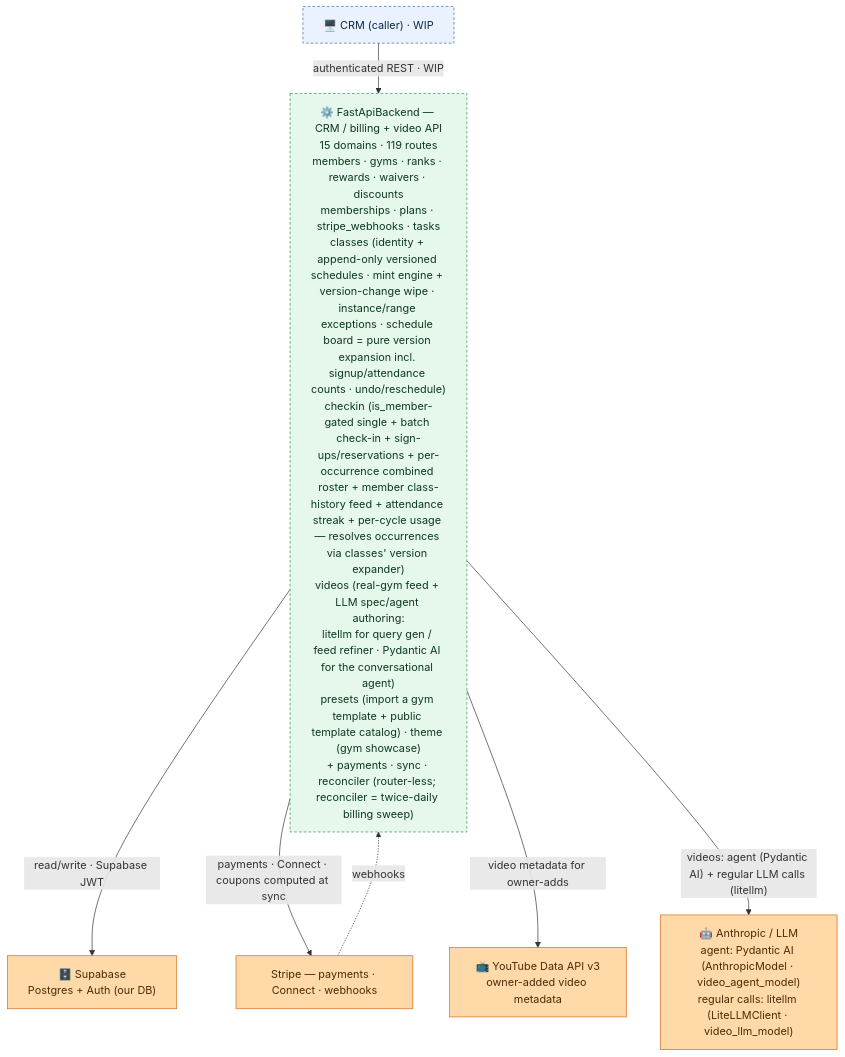
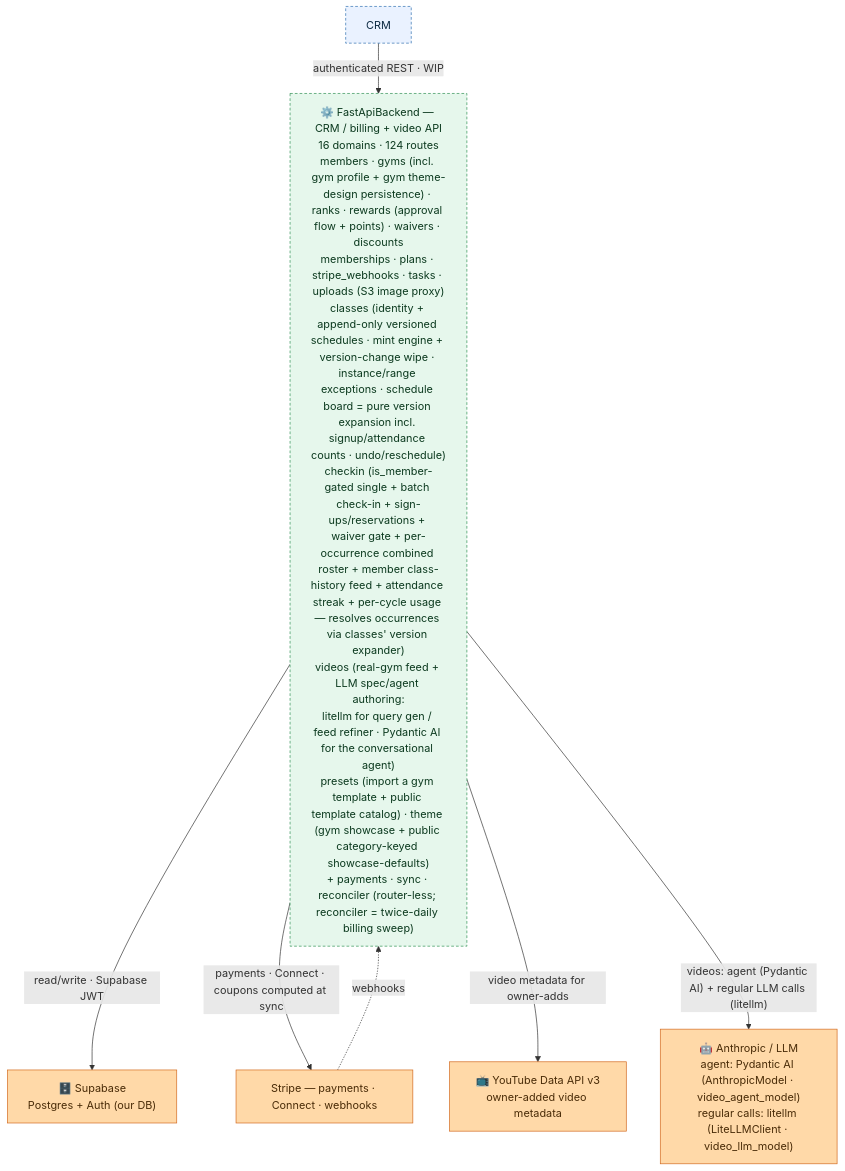
The diagram in FastApiBackend/README.md (jesse51002/CombatDen), drawn with Mermaid before and after one commit. The commit also changed other lines of this file and 63 other files, not shown here.

First line of the commit message:
Theme surface: decouple from preset tables — ThemeService catalog, showcase-defaults, theme persistence (#51)

````diff
--- a/FastApiBackend/README.md
+++ b/FastApiBackend/README.md
@@ -16,23 +16,22 @@
 ```mermaid
 flowchart TB
-  CRM["🖥️ CRM (caller) · WIP"]
-  FB["⚙️ FastApiBackend — CRM / billing + video API<br/>15 domains · 119 routes<br/>members · gyms · ranks · rewards · waivers · discounts<br/>memberships · plans · stripe_webhooks · tasks<br/>classes (identity + append-only versioned schedules · mint engine + version-change wipe · instance/range exceptions · schedule board = pure version expansion incl. signup/attendance counts · undo/reschedule)<br/>checkin (is_member-gated single + batch check-in + sign-ups/reservations + per-occurrence combined roster + member class-history feed + attendance streak + per-cycle usage — resolves occurrences via classes' version expander)<br/>videos (real-gym feed + LLM spec/agent authoring:<br/>litellm for query gen / feed refiner · Pydantic AI for the conversational agent)<br/>presets (import a gym template + public template catalog) · theme (gym showcase)<br/>+ payments · sync · reconciler (router-less; reconciler = twice-daily billing sweep)"]
+  FB["⚙️ FastApiBackend — CRM / billing + video API<br/>16 domains · 124 routes<br/>members · gyms (incl. gym profile + gym theme-design persistence) · ranks · rewards (approval flow + points) · waivers · discounts<br/>memberships · plans · stripe_webhooks · tasks · uploads (S3 image proxy)<br/>classes (identity + append-only versioned schedules · mint engine + version-change wipe · instance/range exceptions · schedule board = pure version expansion incl. signup/attendance counts · undo/reschedule)<br/>checkin (is_member-gated single + batch check-in + sign-ups/reservations + waiver gate + per-occurrence combined roster + member class-history feed + attendance streak + per-cycle usage — resolves occurrences via classes' version expander)<br/>videos (real-gym feed + LLM spec/agent authoring:<br/>litellm for query gen / feed refiner · Pydantic AI for the conversational agent)<br/>presets (import a gym template + public template catalog) · theme (gym showcase + public category-keyed showcase-defaults)<br/>+ payments · sync · reconciler (router-less; reconciler = twice-daily billing sweep)"]
   Supabase["🗄️ Supabase<br/>Postgres + Auth (our DB)"]
   Stripe["Stripe — payments · Connect · webhooks"]
   YouTube["📺 YouTube Data API v3<br/>owner-added video metadata"]
   LLMProvider["🤖 Anthropic / LLM<br/>agent: Pydantic AI (AnthropicModel · video_agent_model)<br/>regular calls: litellm (LiteLLMClient · video_llm_model)"]
   CRM -->|"authenticated REST · WIP"| FB
   FB -->|"read/write · Supabase JWT"| Supabase
   FB -->|"payments · Connect · coupons computed at sync"| Stripe
   Stripe -.->|"webhooks"| FB
   FB -->|"video metadata for owner-adds"| YouTube
   FB -->|"videos: agent (Pydantic AI) + regular LLM calls (litellm)"| LLMProvider
   classDef client fill:#eaf2ff,stroke:#2f6fb0,color:#0b2942;
   classDef svc fill:#e6f7ec,stroke:#2f8f53,color:#0c3a1f;
   classDef ext fill:#ffd9a8,stroke:#d2691e,color:#4a2c08;
   class CRM client;
   class FB svc;
   class Supabase,Stripe,YouTube,LLMProvider ext;
   style CRM stroke-dasharray:4 3;
   style FB stroke-dasharray:4 3;
 ```
````
